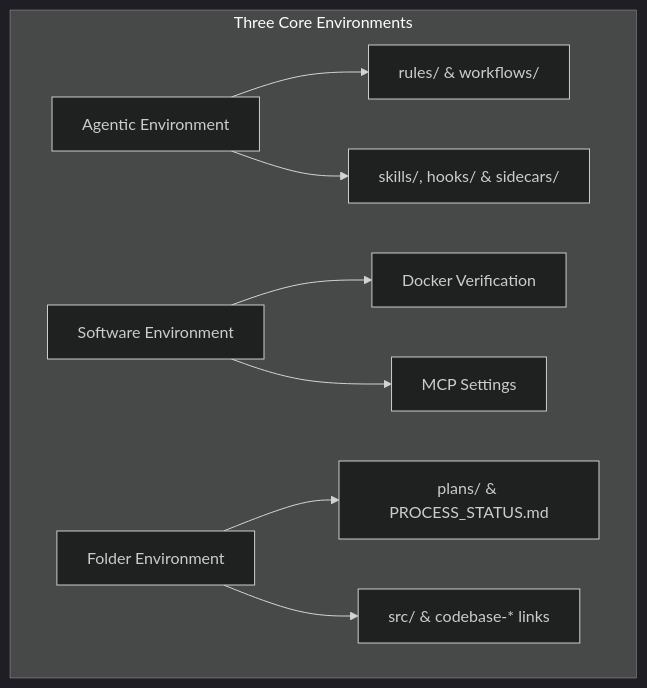
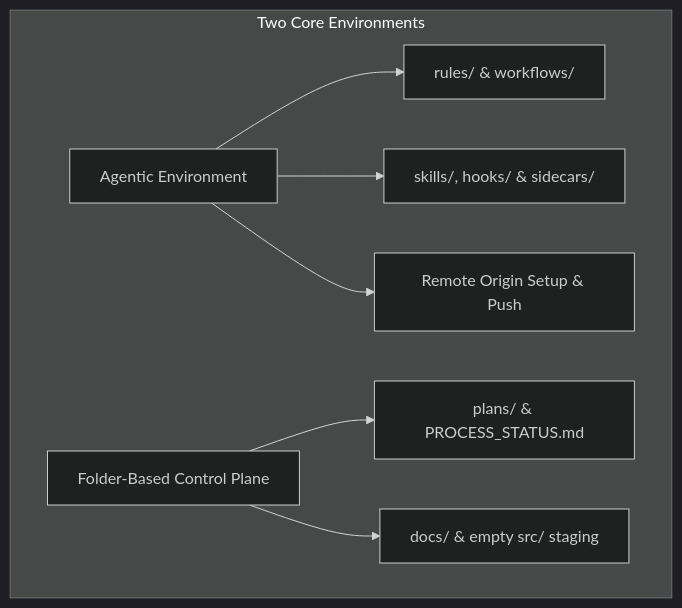
Before and after one commit to hrvthgergo/agent-driven-templates: the first of 2 diagrams in actions/init/init_action.md, drawn with Mermaid (dark theme). The commit also changed other lines of this file and 14 other files, not shown here.

First line of the commit message:
feat(init): decouple docker and software layers to pure control plane scaffolding

````diff
--- a/actions/init/init_action.md
+++ b/actions/init/init_action.md
@@ -42,13 +43,11 @@
 ```mermaid
 graph TD
-    subgraph Env [Three Core Environments]
+    subgraph Env [Two Core Environments]
         A[Agentic Environment] --> A1[rules/ & workflows/]
         A --> A2[skills/, hooks/ & sidecars/]
+        A --> A3[Remote Origin Setup & Push]
         
-        B[Software Environment] --> B1[Docker Verification]
-        B --> B2[MCP Settings]
-        
-        C[Folder Environment] --> C1[plans/ & PROCESS_STATUS.md]
-        C --> C2[src/ & codebase-* links]
+        C[Folder-Based Control Plane] --> C1[plans/ & PROCESS_STATUS.md]
+        C --> C2[docs/ & empty src/ staging]
     end
 ```
````
